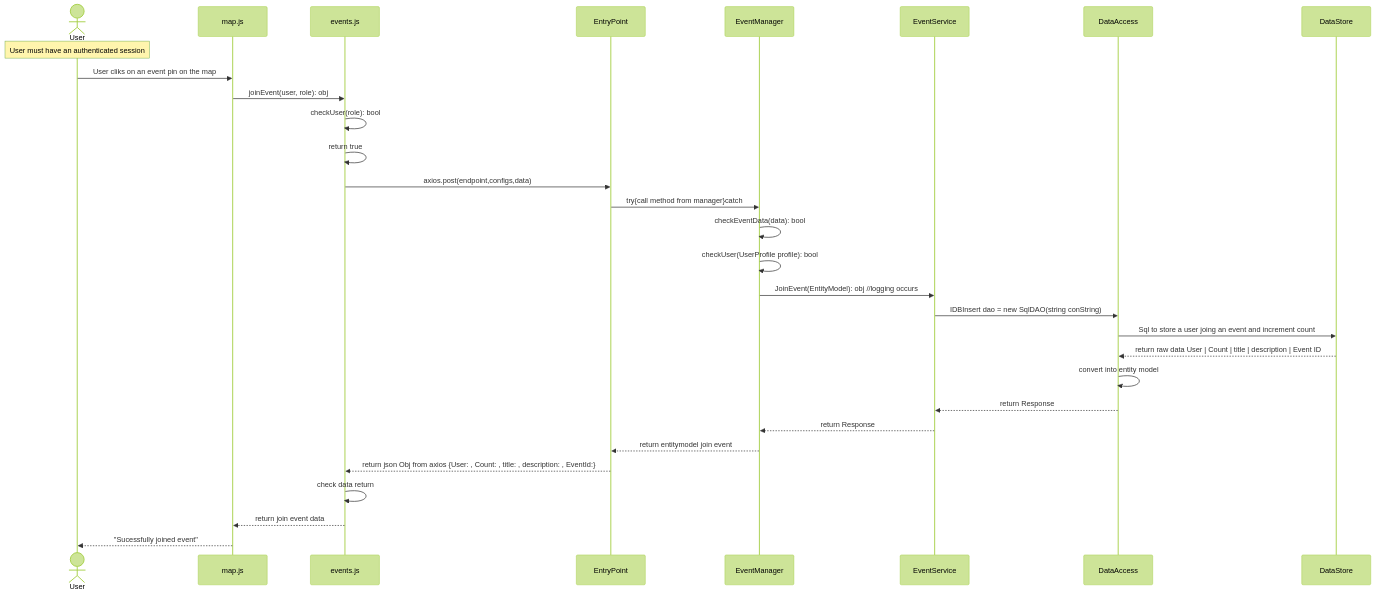
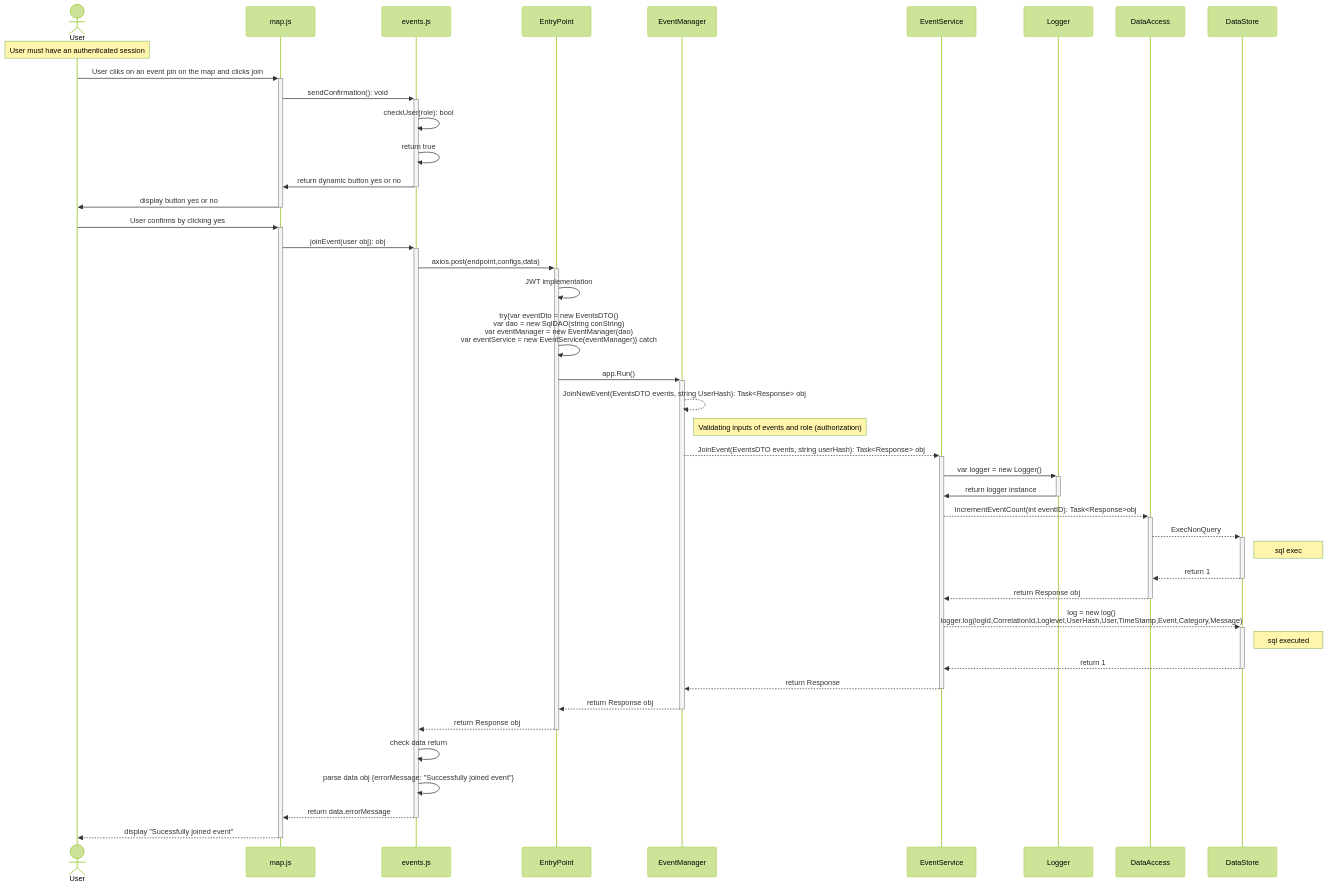
One commit to JosephArmas/cecs-491A-Team-Big-Data changed the diagram in events/success/event-joining-sucess.md. Above: the diagram before and after it, drawn with Mermaid (forest theme). The commit also changed 10 other files, not shown here.

````diff
--- a/events/success/event-joining-sucess.md
+++ b/events/success/event-joining-sucess.md
@@ -2,33 +2,46 @@
 ```mermaid
 sequenceDiagram
     actor User
     participant map.js
     participant events.js
     participant EntryPoint
     participant EventManager
     participant EventService
+    participant Logger
     participant DataAccess
     participant DataStore
     note over User: User must have an authenticated session
-    User->>map.js: User cliks on an event pin on the map
-    map.js->>events.js: joinEvent(user, role): obj
+    User->>+map.js: User cliks on an event pin on the map and clicks join
+    map.js->>+events.js: sendConfirmation(): void
     events.js->>events.js: checkUser(role): bool
     events.js->>events.js: return true
-    events.js->>EntryPoint: axios.post(endpoint,configs,data)
-    EntryPoint->>EventManager: try{call method from manager}catch
-    EventManager->>EventManager: checkEventData(data): bool
-    EventManager->>EventManager: checkUser(UserProfile profile): bool
-    EventManager->>EventService: JoinEvent(EntityModel): obj //logging occurs
-    EventService->>DataAccess: IDBInsert dao = new SqlDAO(string conString)
-    DataAccess->>DataStore: Sql to store a user joing an event and increment count
-    DataStore-->>DataAccess: return raw data User | Count | title | description | Event ID 
-    DataAccess->>DataAccess: convert into entity model
-    DataAccess-->>EventService: return Response
-    EventService-->>EventManager: return Response
-    EventManager-->>EntryPoint: return entitymodel join event
-    EntryPoint-->>events.js: return json Obj from axios {User: , Count: , title: , description: , EventId:}
+    events.js->>-map.js: return dynamic button yes or no
+    map.js->>-User: display button yes or no
+    User->>+map.js: User confirms by clicking yes
+    map.js->>+events.js: joinEvent(user obj): obj
+    events.js->>+EntryPoint: axios.post(endpoint,configs,data)
+    EntryPoint->>EntryPoint: JWT implementation
+    EntryPoint->>EntryPoint: try{var eventDto = new EventsDTO() <br> var dao = new SqlDAO(string conString) <br> var eventManager = new EventManager(dao) <br> var eventService = new EventService(eventManager)} catch
+    EntryPoint->>+EventManager: app.Run()
+    EventManager-->>EventManager: JoinNewEvent(EventsDTO events, string UserHash): Task<Response> obj 
+    note right of EventManager: Validating inputs of events and role (authorization)
+    EventManager-->>+EventService: JoinEvent(EventsDTO events, string userHash): Task<Response> obj 
+    EventService->>+Logger: var logger = new Logger()
+    Logger->>-EventService: return logger instance
+    EventService-->>+DataAccess:   IncrementEventCount(int eventID): Task<Response>obj
+    DataAccess-->>+DataStore: ExecNonQuery
+    note right of DataStore: sql exec
+    DataStore-->>-DataAccess: return 1 
+    DataAccess-->>-EventService: return Response obj
+    EventService-->>+DataStore: log = new log()<br> logger.log(logId,CorrelationId,Loglevel,UserHash,User,TimeStamp,Event,Category,Message)
+    note right of DataStore: sql executed
+    DataStore-->>-EventService: return 1
+    EventService-->>-EventManager: return Response
+    EventManager-->>-EntryPoint: return Response obj
+    EntryPoint-->>-events.js: return Response obj
     events.js->>events.js: check data return
-    events.js-->>map.js: return join event data
-    map.js-->>User: "Sucessfully joined event"
+    events.js->>events.js: parse data obj {errorMessage: "Successfully joined event"}
+    events.js-->>-map.js: return data.errorMessage
+    map.js-->>-User: display "Sucessfully joined event"
 
 ```
````
